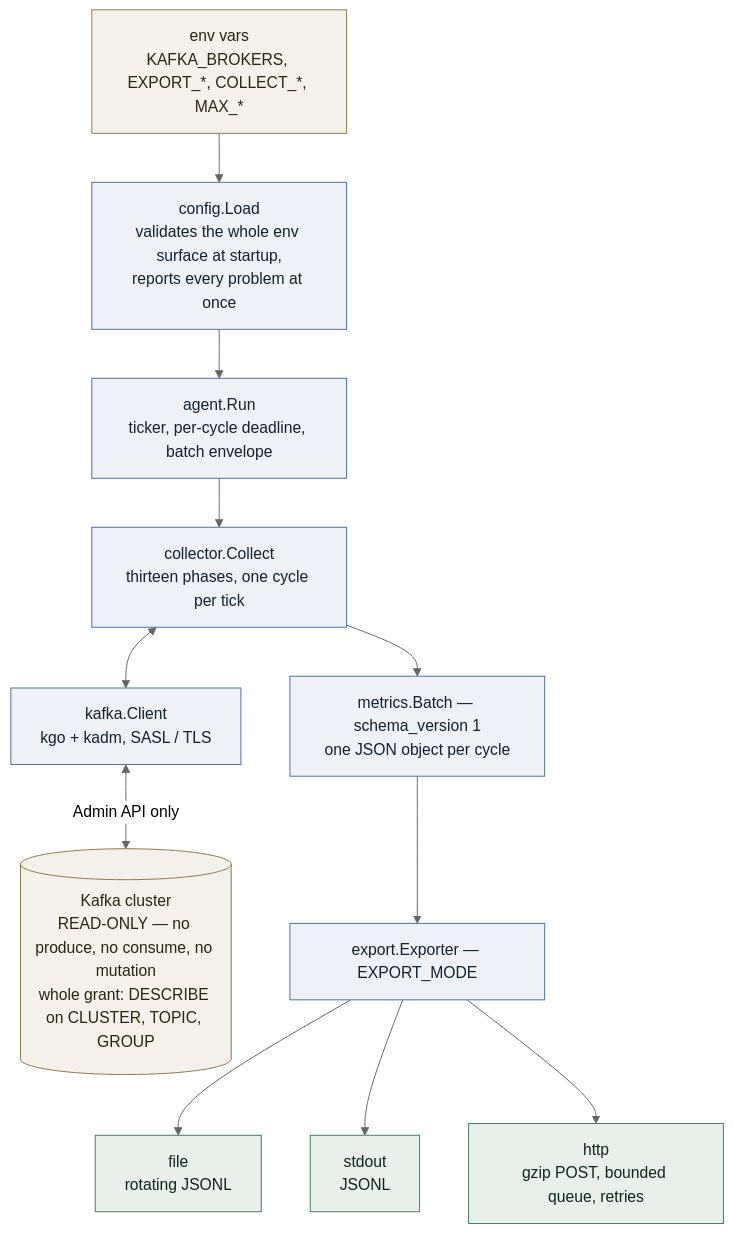
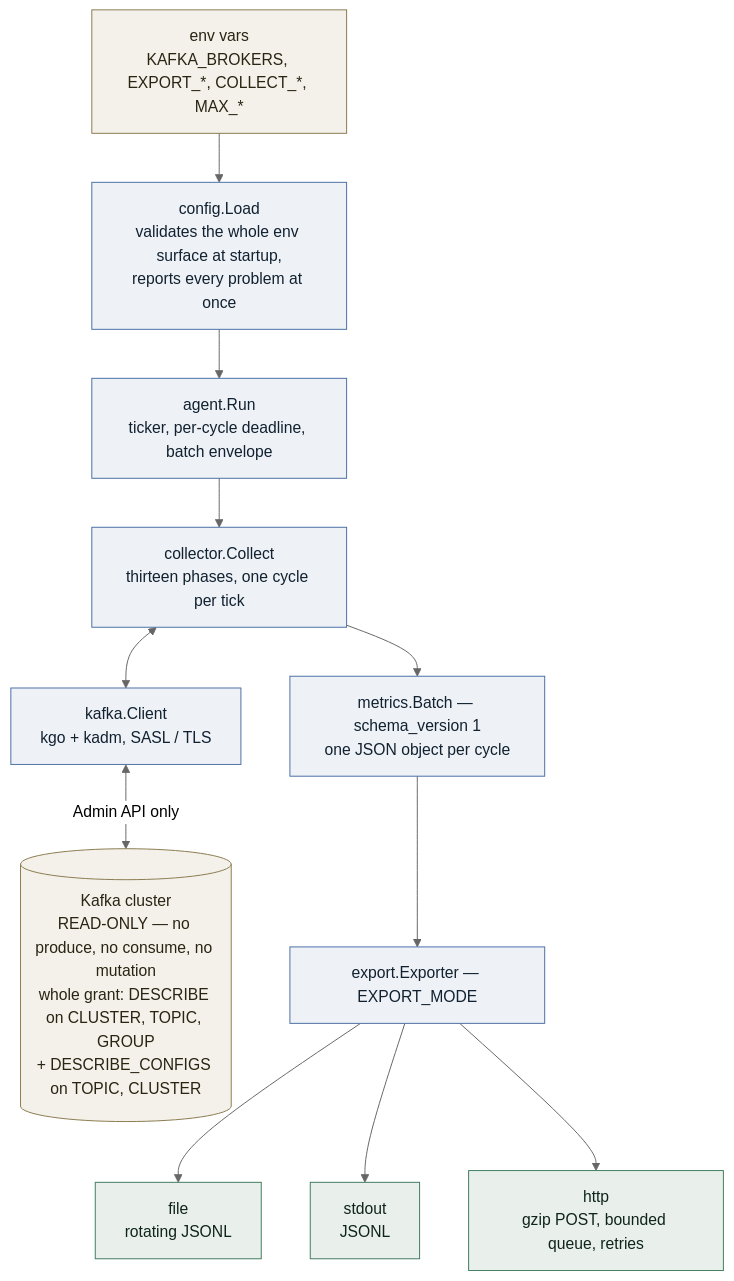
Before and after one commit to streamsight-labs/streamsight-agent: the first of 2 diagrams in README.md, drawn with Mermaid (neutral theme). The commit also changed other lines of this file and 19 other files, not shown here.

Commit message:
feat(collector): topic/broker configs, max-timestamp, tiered offsets, group types, share groups (#6)

````diff
--- a/README.md
+++ b/README.md
@@ -12,29 +14,29 @@
 ```mermaid
 flowchart TB
     ENV["env vars<br/>KAFKA_BROKERS, EXPORT_*, COLLECT_*, MAX_*"]
     CFG["config.Load<br/>validates the whole env surface at startup,<br/>reports every problem at once"]
     AGT["agent.Run<br/>ticker, per-cycle deadline, batch envelope"]
     COL["collector.Collect<br/>thirteen phases, one cycle per tick"]
     KCL["kafka.Client<br/>kgo + kadm, SASL / TLS"]
-    KFK[("Kafka cluster<br/>READ-ONLY — no produce, no consume, no mutation<br/>whole grant: DESCRIBE on CLUSTER, TOPIC, GROUP")]
+    KFK[("Kafka cluster<br/>READ-ONLY — no produce, no consume, no mutation<br/>whole grant: DESCRIBE on CLUSTER, TOPIC, GROUP<br/>+ DESCRIBE_CONFIGS on TOPIC, CLUSTER")]
     BAT["metrics.Batch — schema_version 1<br/>one JSON object per cycle"]
     EXP["export.Exporter — EXPORT_MODE"]
     FIL["file<br/>rotating JSONL"]
     STD["stdout<br/>JSONL"]
     HTP["http<br/>gzip POST, bounded queue, retries"]
 
     ENV --> CFG --> AGT --> COL
     COL <--> KCL
     KCL <-- "Admin API only" --> KFK
     COL --> BAT --> EXP
     EXP --> FIL
     EXP --> STD
     EXP --> HTP
 
     classDef proc fill:#eef2f7,stroke:#4a6fa5,color:#12212f
     classDef ext fill:#f4f1ea,stroke:#8a7a4e,color:#2a2413
     classDef sink fill:#e9f0ec,stroke:#3f7d5e,color:#0f2419
     class CFG,AGT,COL,KCL,BAT,EXP proc
     class ENV,KFK ext
     class FIL,STD,HTP sink
 ```
````
